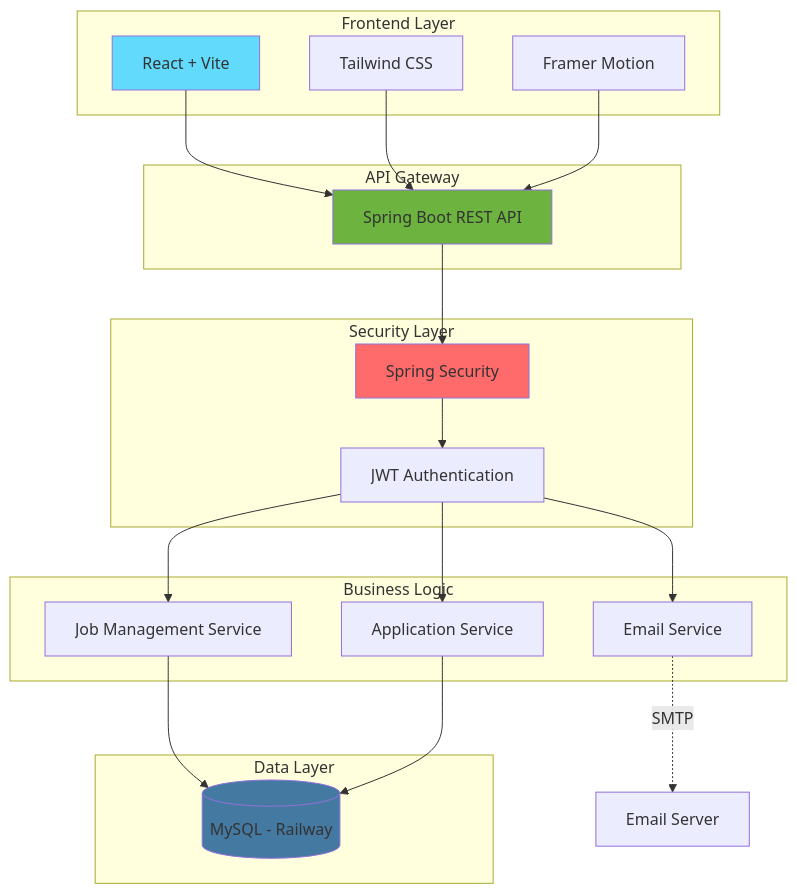
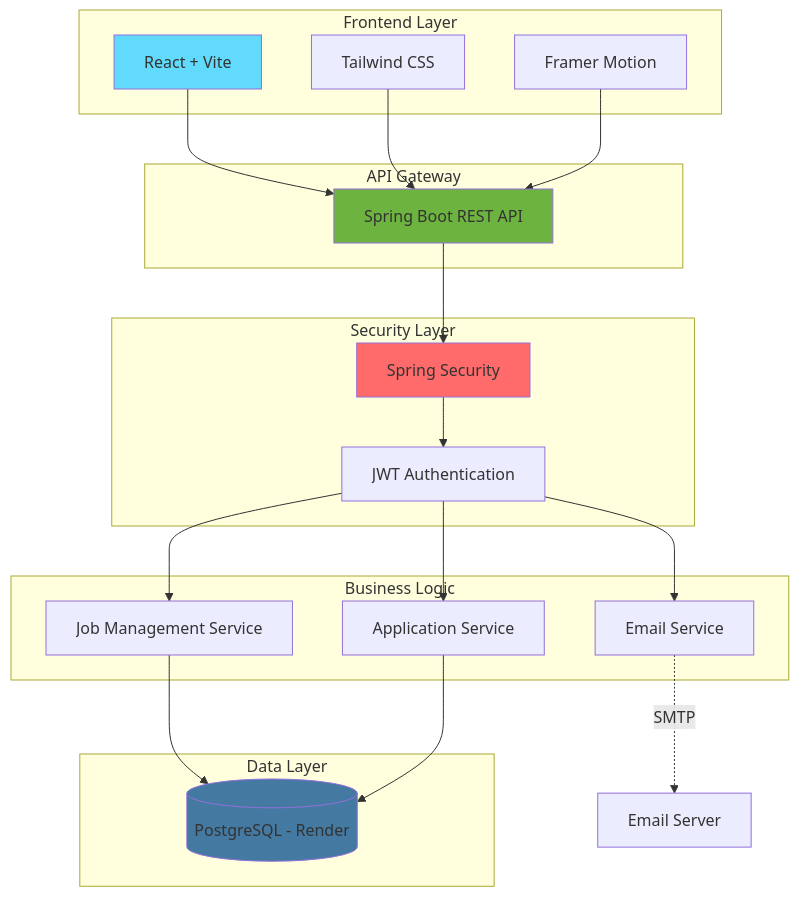
One commit to Vamshi-amudala/careerForge changed the diagram in README.md. Above: the diagram before and after it, drawn with Mermaid. The commit also changed other lines of this file, not shown here.

````diff
--- a/README.md
+++ b/README.md
@@ -88,44 +88,44 @@
 ```mermaid
 graph TB
     subgraph "Frontend Layer"
         A[React + Vite]
         B[Tailwind CSS]
         C[Framer Motion]
     end
     
     subgraph "API Gateway"
         D[Spring Boot REST API]
     end
     
     subgraph "Security Layer"
         E[Spring Security]
         F[JWT Authentication]
     end
     
     subgraph "Business Logic"
         G[Job Management Service]
         H[Application Service]
         I[Email Service]
     end
     
     subgraph "Data Layer"
-        J[(MySQL - Railway)]
+        J[(PostgreSQL - Render)]
     end
     
     A --> D
     B --> D
     C --> D
     D --> E
     E --> F
     F --> G
     F --> H
     F --> I
     G --> J
     H --> J
     I -.->|SMTP| K[Email Server]
     
     style A fill:#61DAFB
     style D fill:#6DB33F
     style E fill:#FF6B6B
     style J fill:#4479A1
 ```
````
